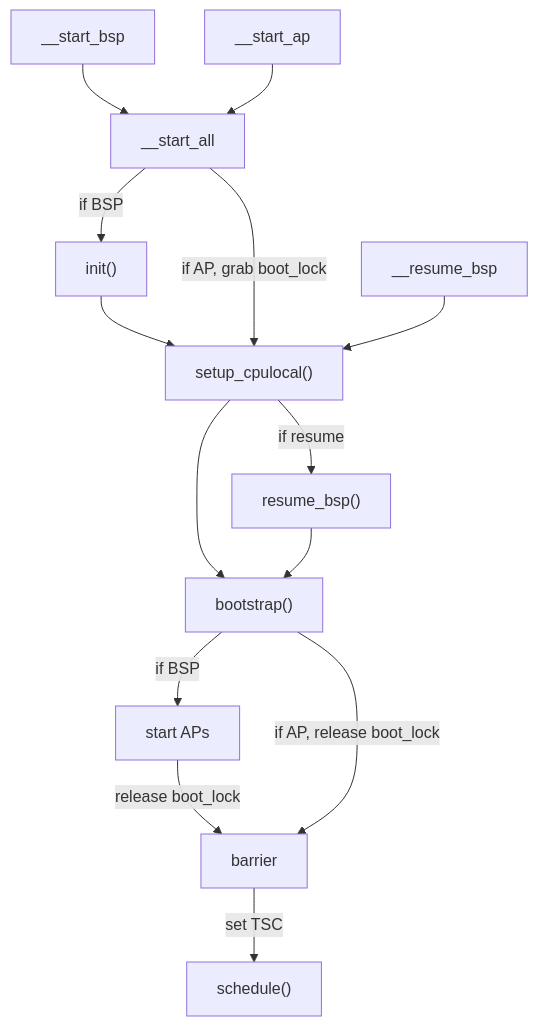
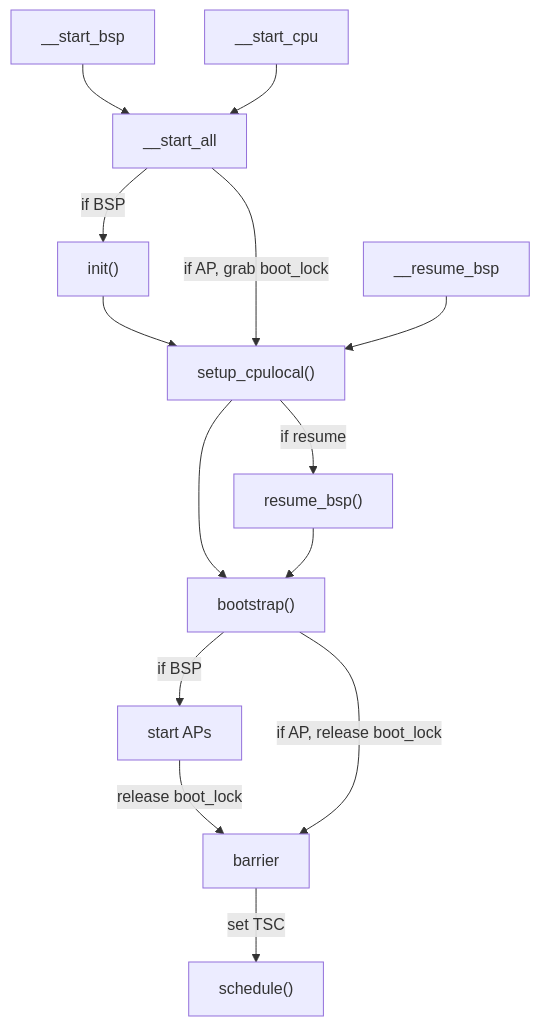
Before and after one commit to cyberus-technology/hedron: the diagram in doc/implementation.md, drawn with Mermaid. The commit also changed other lines of this file and 1 other file, not shown here.

Commit message:
doc: describe boot page table and add diagram

````diff
--- a/doc/implementation.md
+++ b/doc/implementation.md
@@ -33,18 +36,18 @@
 ```mermaid
 graph TD
   A[__start_bsp] --> B[__start_all]
   B -->|if BSP| C["init()"]
   C --> D["setup_cpulocal()"]
   D --> E["bootstrap()"]
   E -->|if BSP| F[start APs]
   F -->|release boot_lock| G[barrier]
   G -->|set TSC| H["schedule()"]
 
-  A2[__start_ap] --> B
+  A2[__start_cpu] --> B
   B -->|if AP, grab boot_lock| D
   E -->|if AP, release boot_lock| G
 
   A3[__resume_bsp] --> D
   D --> |if resume| E3["resume_bsp()"]
   E3 --> E
 ```
````
